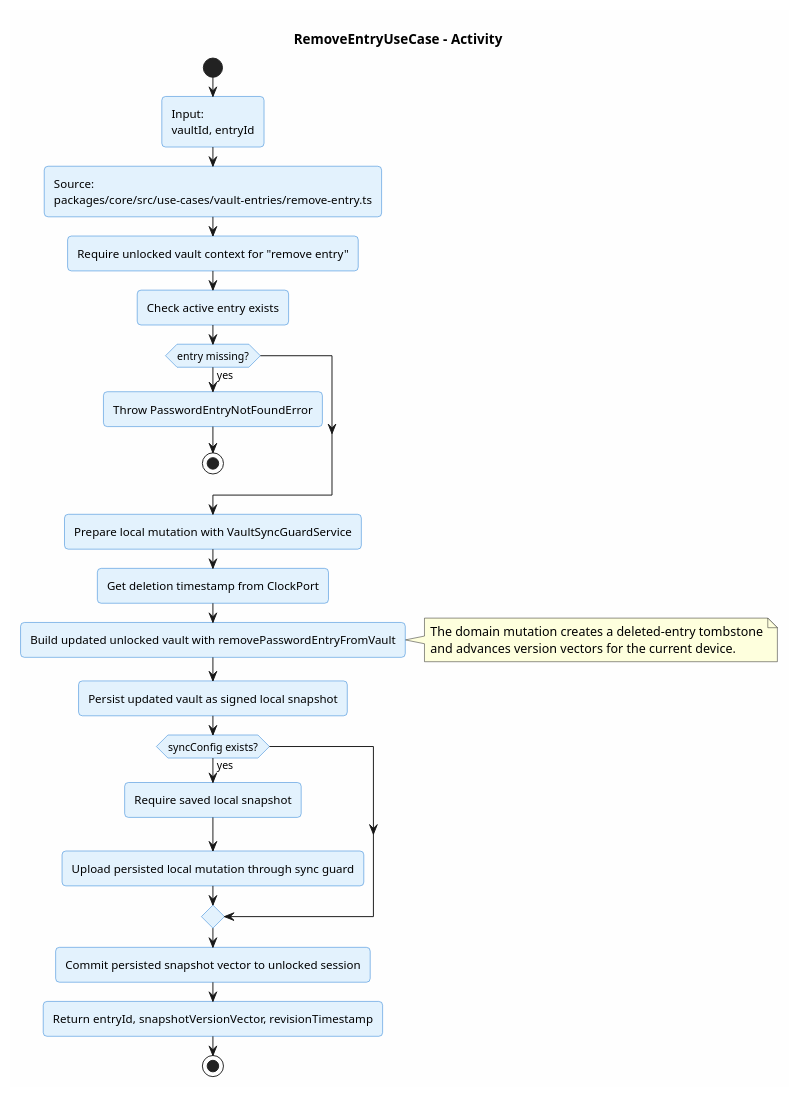
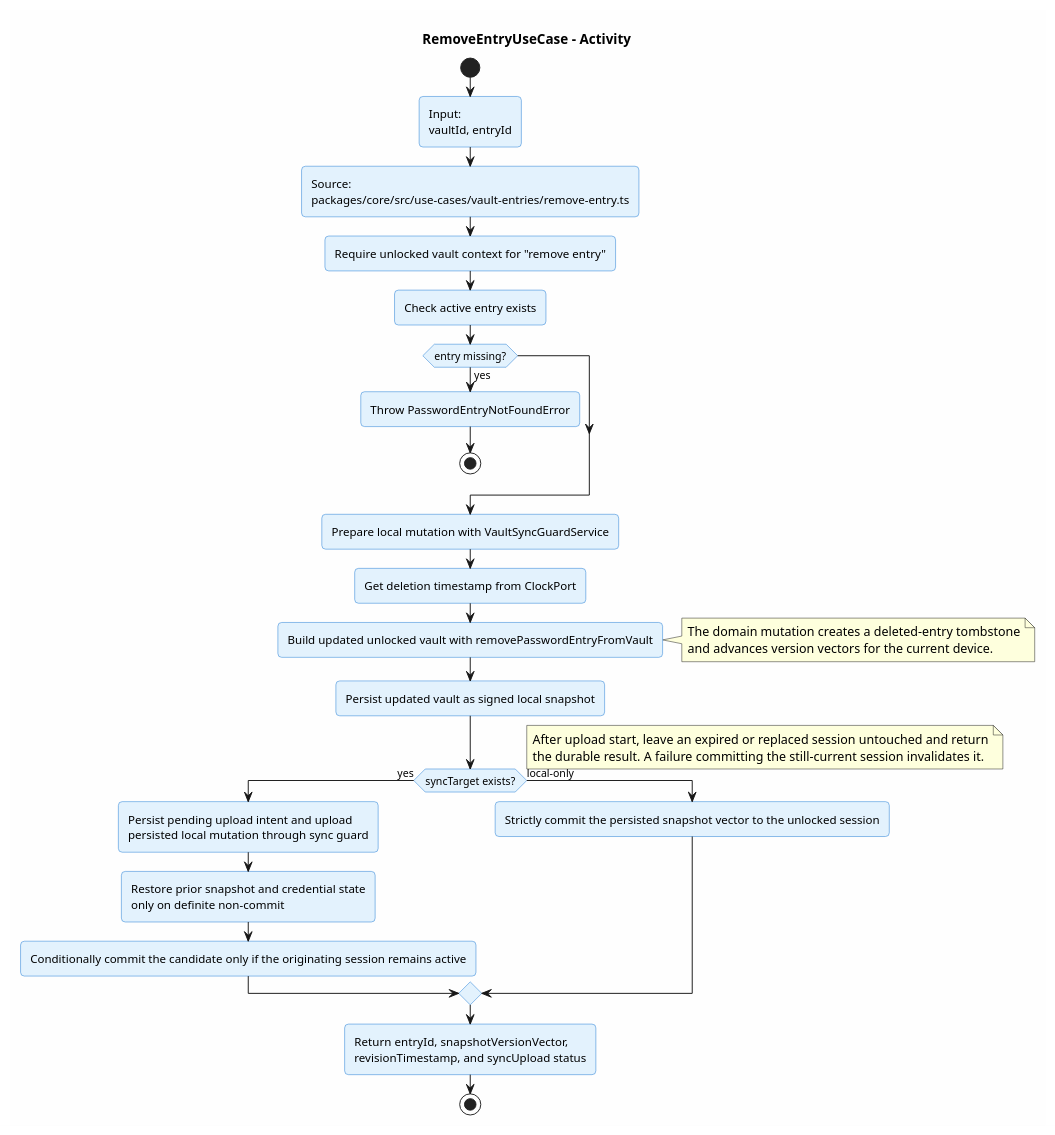
The diagram in docs/v1/use-case/vault-entries/remove-entry.activity.puml (ArionStudio/engr-serverless-pm), drawn with PlantUML before and after one commit. The commit also changed 88 other files, not shown here.

```diff
--- a/docs/v1/use-case/vault-entries/remove-entry.activity.puml
+++ b/docs/v1/use-case/vault-entries/remove-entry.activity.puml
@@ -1,36 +1,45 @@
 @startuml remove-entry-activity
 title RemoveEntryUseCase - Activity
 
 skinparam backgroundColor #FEFEFE
 skinparam roundcorner 8
 skinparam shadowing false
 skinparam activity {
   BackgroundColor #E3F2FD
   BorderColor #1976D2
 }
 
 start
 :Input:\nvaultId, entryId;
 :Source:\npackages/core/src/use-cases/vault-entries/remove-entry.ts;
 :Require unlocked vault context for "remove entry";
 :Check active entry exists;
 if (entry missing?) then (yes)
   :Throw PasswordEntryNotFoundError;
   stop
 endif
 :Prepare local mutation with VaultSyncGuardService;
 :Get deletion timestamp from ClockPort;
 :Build updated unlocked vault with removePasswordEntryFromVault;
 note right
 The domain mutation creates a deleted-entry tombstone
 and advances version vectors for the current device.
 end note
 :Persist updated vault as signed local snapshot;
-if (syncConfig exists?) then (yes)
-  :Require saved local snapshot;
-  :Upload persisted local mutation through sync guard;
+if (syncTarget exists?) then (yes)
+  :Persist pending upload intent and upload
+persisted local mutation through sync guard;
+  :Restore prior snapshot and credential state
+only on definite non-commit;
+  :Conditionally commit the candidate only if the originating session remains active;
+else (local-only)
+  :Strictly commit the persisted snapshot vector to the unlocked session;
 endif
-:Commit persisted snapshot vector to unlocked session;
-:Return entryId, snapshotVersionVector, revisionTimestamp;
+note right
+After upload start, leave an expired or replaced session untouched and return
+the durable result. A failure committing the still-current session invalidates it.
+end note
+:Return entryId, snapshotVersionVector,
+revisionTimestamp, and syncUpload status;
 stop
 @enduml
```
